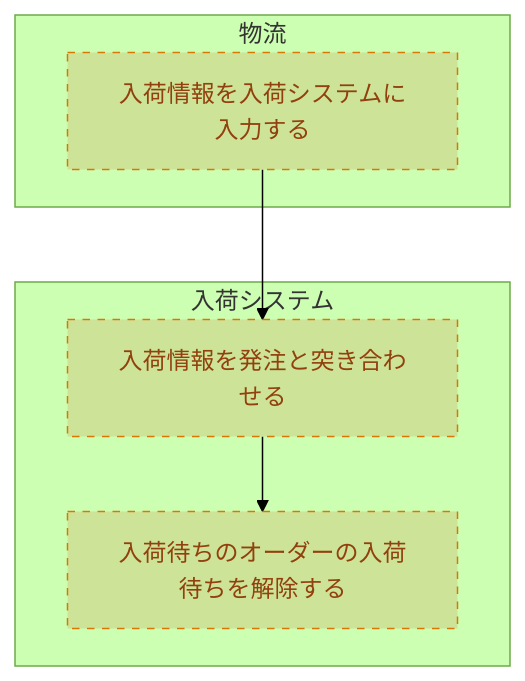
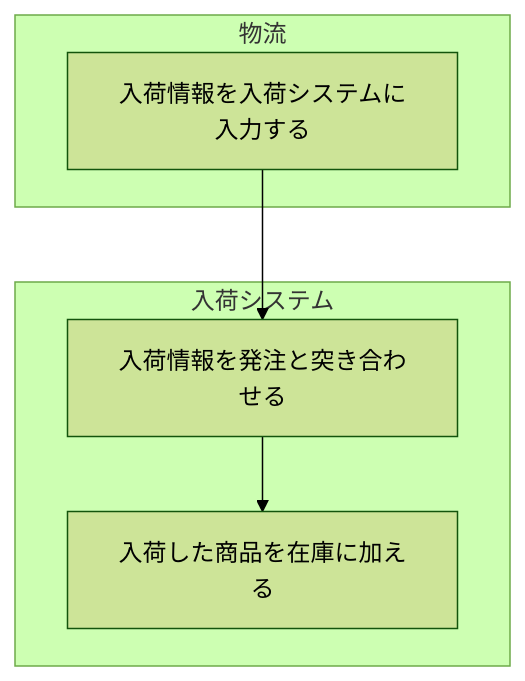
Diagram 16 of 29 in docs/rdra/diagrams.md (Nke0628/rdra-webapp), drawn with Mermaid (forest theme) before and after one commit. The commit also changed other lines of this file and 8 other files, not shown here.

````diff
--- a/docs/rdra/diagrams.md
+++ b/docs/rdra/diagrams.md
@@ -305,14 +386,13 @@
 ```mermaid
 flowchart TB
   subgraph l1["物流"]
     act2["入荷情報を入荷システムに入力する"]
   end
   subgraph l3["入荷システム"]
     act4["入荷情報を発注と突き合わせる"]
-    act5["入荷待ちのオーダーの入荷待ちを解除する"]
+    act5["入荷した商品を在庫に加える"]
   end
   act2 --> act4
   act4 --> act5
   classDef hyp stroke-dasharray:5 5,stroke:#d97706,color:#92400e
-  class act2,act4,act5 hyp
 ```
````
